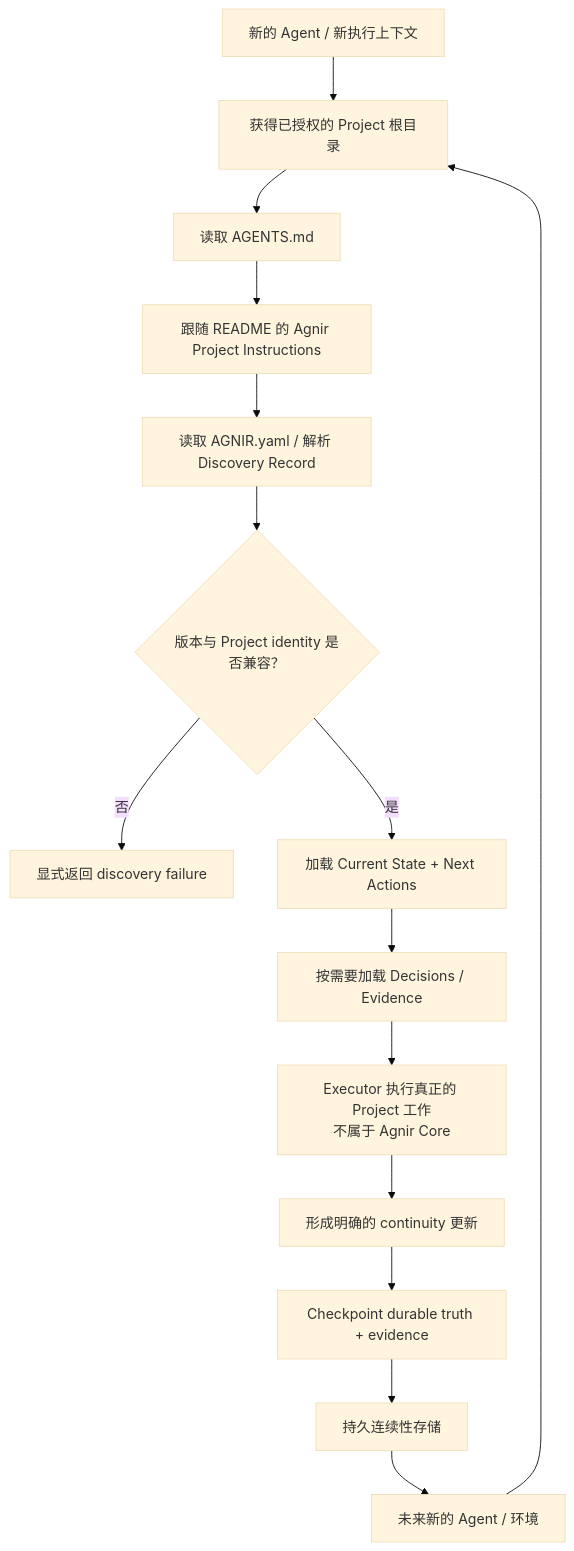
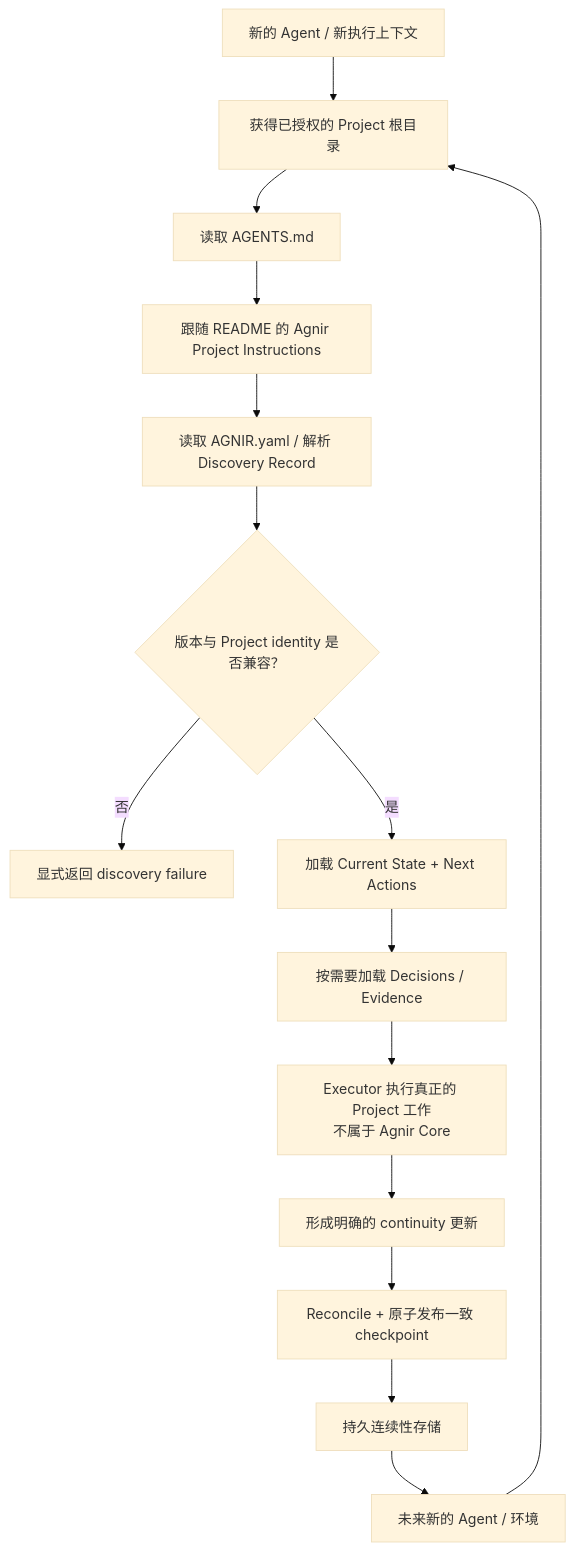
Before and after one commit to iorLab/agnir: the second of 2 diagrams in README.zh-CN.md, drawn with Mermaid (base theme). The commit also changed other lines of this file and 15 other files, not shown here.

````diff
--- a/README.zh-CN.md
+++ b/README.zh-CN.md
@@ -108,17 +110,17 @@
 ```mermaid
 flowchart TD
     C["新的 Agent / 新执行上下文"] --> P["获得已授权的 Project 根目录"]
     P --> A["读取 AGENTS.md"]
     A --> I["跟随 README 的 Agnir Project Instructions"]
     I --> R["读取 AGNIR.yaml / 解析 Discovery Record"]
     R --> V{"版本与 Project identity 是否兼容？"}
     V -- "否" --> F["显式返回 discovery failure"]
     V -- "是" --> L["加载 Current State + Next Actions"]
     L --> Q["按需要加载 Decisions / Evidence"]
     Q --> W["Executor 执行真正的 Project 工作<br/>不属于 Agnir Core"]
     W --> U["形成明确的 continuity 更新"]
-    U --> K["Checkpoint durable truth + evidence"]
+    U --> K["Reconcile + 原子发布一致 checkpoint"]
     K --> S["持久连续性存储"]
     S --> N["未来新的 Agent / 环境"]
     N --> P
 ```
````
